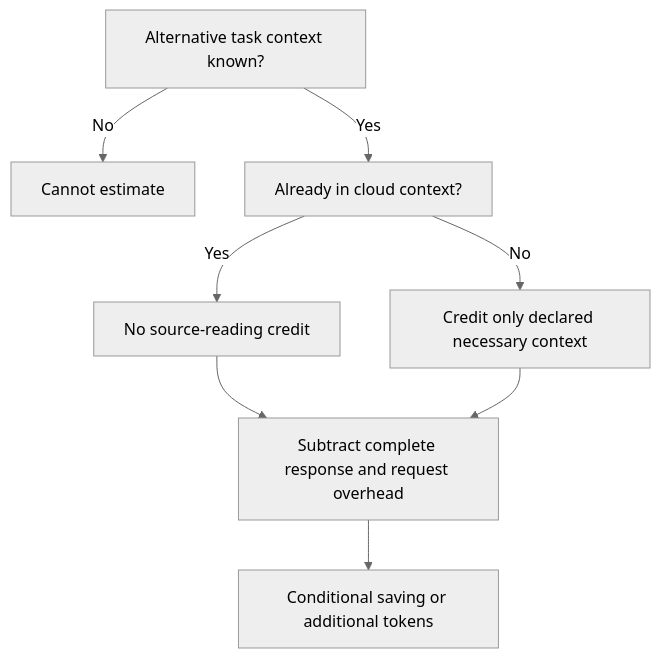
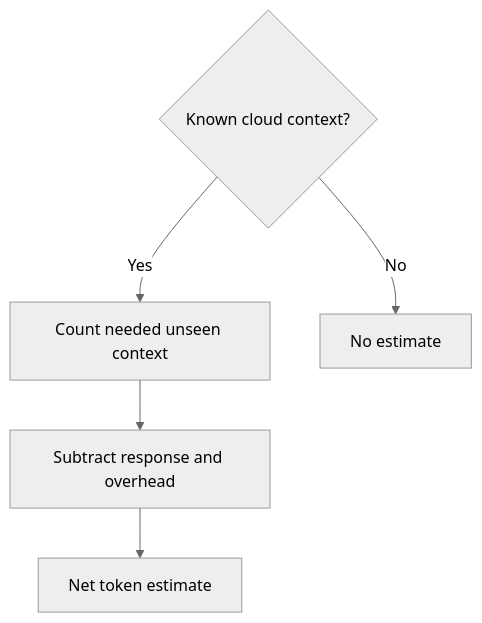
One commit to MrAliev/local-ai-toolkit changed the diagram in docs/wiki/Token-estimates.md. Above: the diagram before and after it, drawn with Mermaid (neutral theme). The commit also changed other lines of this file and 14 other files, not shown here.

````diff
--- a/docs/wiki/Token-estimates.md
+++ b/docs/wiki/Token-estimates.md
@@ -11,10 +11,7 @@
 ```mermaid
-flowchart TD
-  task["Alternative task context known?"] -->|No| unknown["Cannot estimate"]
-  task -->|Yes| seen["Already in cloud context?"]
-  seen -->|Yes| zero["No source-reading credit"]
-  seen -->|No| credit["Credit only declared necessary context"]
-  zero --> cost["Subtract complete response and request overhead"]
-  credit --> cost
-  cost --> result["Conditional saving or additional tokens"]
+flowchart TB
+  task{"Known cloud context?"} -->|Yes| credit["Count needed unseen context"]
+  task -->|No| unknown["No estimate"]
+  credit --> cost["Subtract response and overhead"]
+  cost --> result["Net token estimate"]
 ```
````
